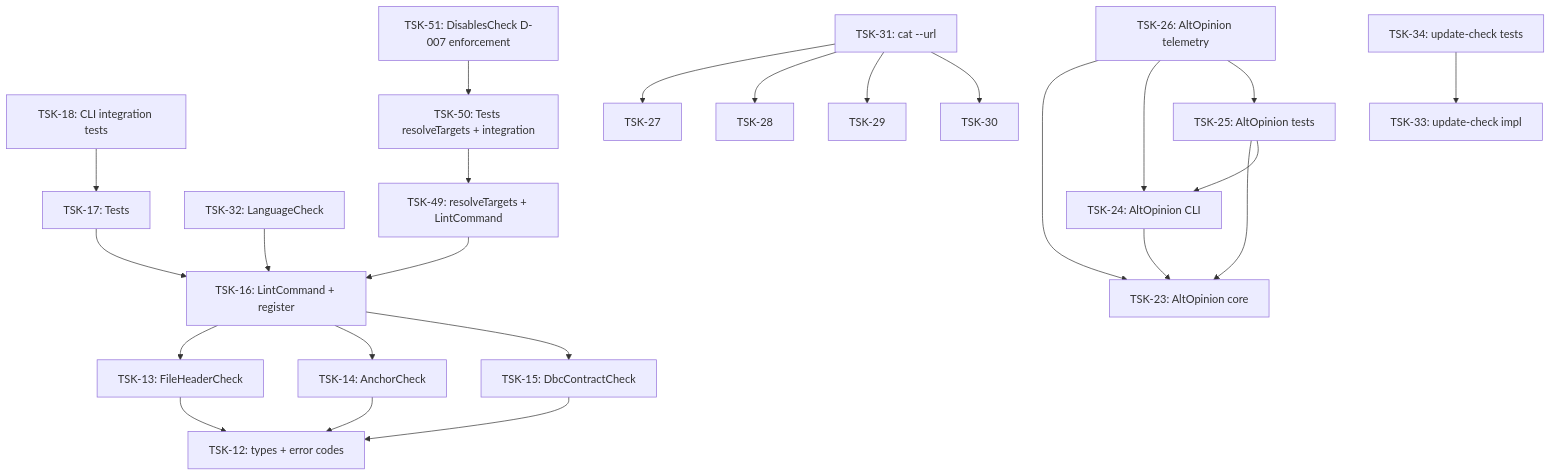
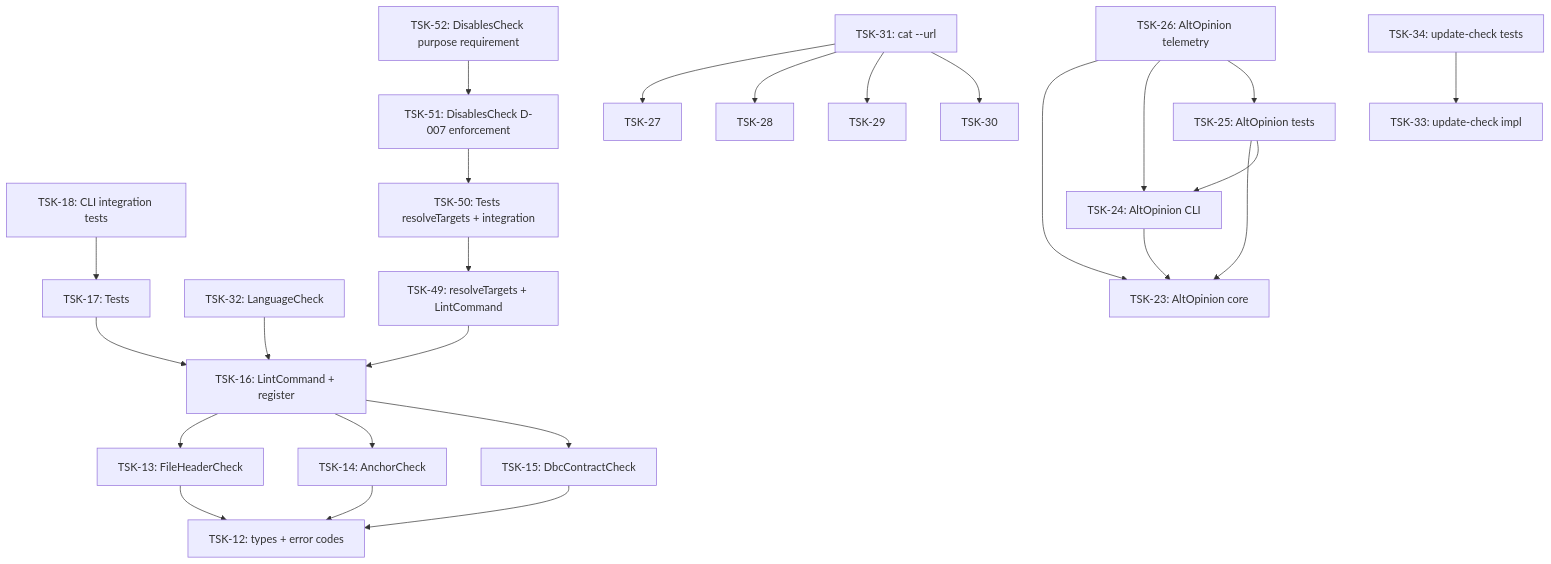
Before and after one commit to RubaXa/gennady: the diagram in tasks/cli/README.md, drawn with Mermaid. The commit also changed other lines of this file and 7 other files, not shown here.

````diff
--- a/tasks/cli/README.md
+++ b/tasks/cli/README.md
@@ -31,44 +31,46 @@
 ```mermaid
 graph TD
     TSK-12[TSK-12: types + error codes]
     TSK-13[TSK-13: FileHeaderCheck]
     TSK-14[TSK-14: AnchorCheck]
     TSK-15[TSK-15: DbcContractCheck]
     TSK-16[TSK-16: LintCommand + register]
     TSK-17[TSK-17: Tests]
     TSK-13 --> TSK-12
     TSK-14 --> TSK-12
     TSK-15 --> TSK-12
     TSK-16 --> TSK-13
     TSK-16 --> TSK-14
     TSK-16 --> TSK-15
     TSK-17 --> TSK-16
     TSK-18[TSK-18: CLI integration tests]
     TSK-18 --> TSK-17
     TSK-32[TSK-32: LanguageCheck]
     TSK-32 --> TSK-16
     TSK-49[TSK-49: resolveTargets + LintCommand]
     TSK-49 --> TSK-16
     TSK-50[TSK-50: Tests resolveTargets + integration]
     TSK-50 --> TSK-49
     TSK-51[TSK-51: DisablesCheck D-007 enforcement]
     TSK-51 --> TSK-50
+    TSK-52[TSK-52: DisablesCheck purpose requirement]
+    TSK-52 --> TSK-51
     TSK-23[TSK-23: AltOpinion core]
     TSK-24[TSK-24: AltOpinion CLI]
     TSK-25[TSK-25: AltOpinion tests]
     TSK-24 --> TSK-23
     TSK-25 --> TSK-23
     TSK-25 --> TSK-24
     TSK-26[TSK-26: AltOpinion telemetry]
     TSK-26 --> TSK-23
     TSK-26 --> TSK-24
     TSK-26 --> TSK-25
     TSK-31[TSK-31: cat --url]
     TSK-31 --> TSK-27
     TSK-31 --> TSK-28
     TSK-31 --> TSK-29
     TSK-31 --> TSK-30
     TSK-33[TSK-33: update-check impl]
     TSK-34[TSK-34: update-check tests]
     TSK-34 --> TSK-33
 ```
````
